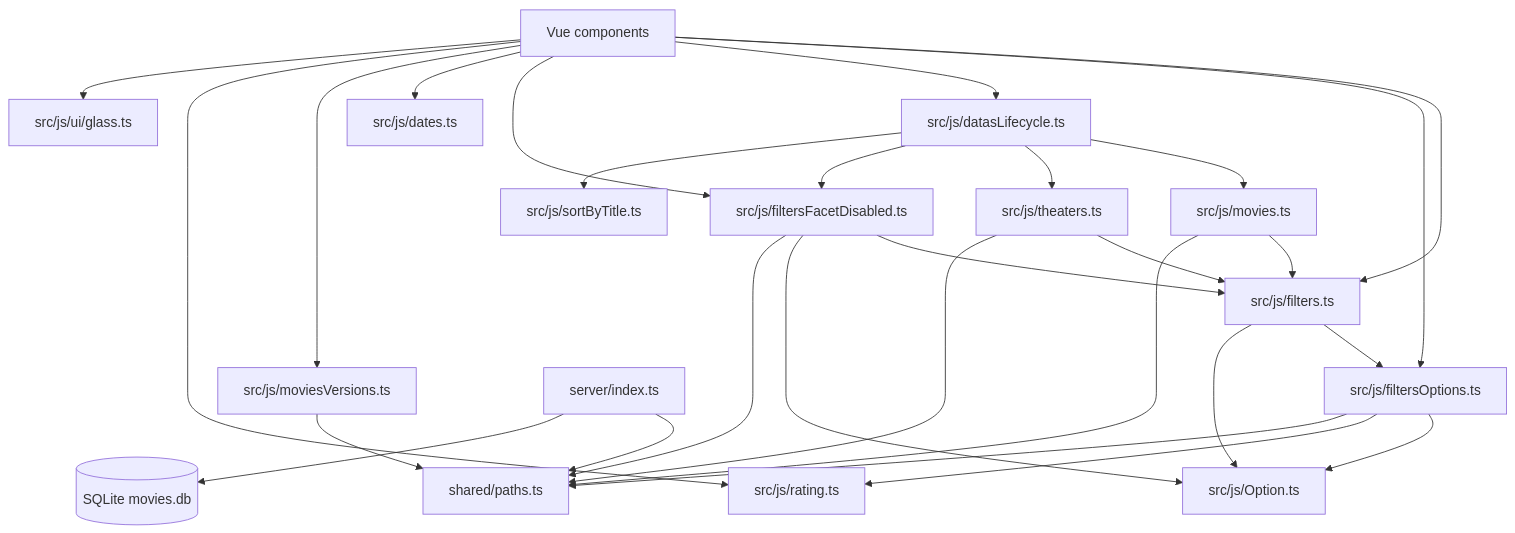
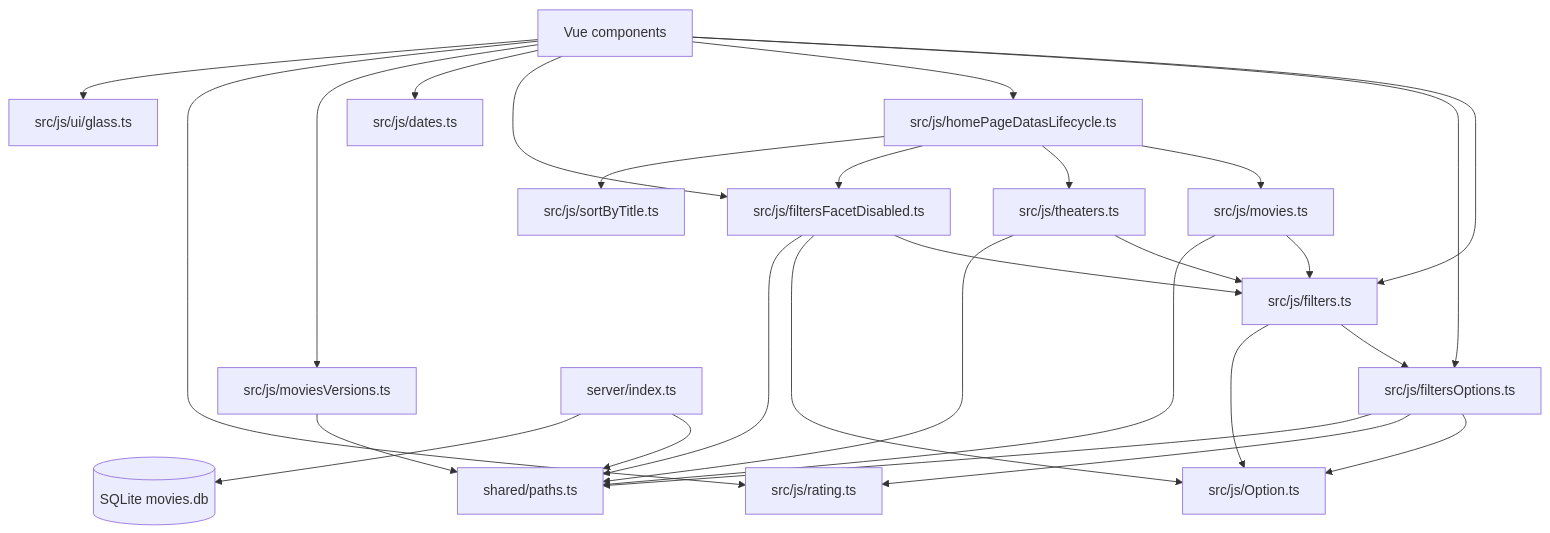
Before and after one commit to CUTFYSH1101/movie-notify: the diagram in docs/dependency-map.md, drawn with Mermaid. The commit also changed other lines of this file and 13 other files, not shown here.

Commit message:
影城地圖頁 顏色插值可以切換 資料可以載入了

````diff
--- a/docs/dependency-map.md
+++ b/docs/dependency-map.md
@@ -7,30 +7,30 @@
 ```mermaid
 flowchart TD
   UI[Vue components] --> Filters[src/js/filters.ts]
   UI --> Options[src/js/filtersOptions.ts]
-  UI --> Lifecycle[src/js/datasLifecycle.ts]
+  UI --> Lifecycle[src/js/homePageDatasLifecycle.ts]
   UI --> Facets[src/js/filtersFacetDisabled.ts]
   UI --> Dates[src/js/dates.ts]
   UI --> Showings[src/js/moviesVersions.ts]
   UI --> Rating[src/js/rating.ts]
   UI --> Glass[src/js/ui/glass.ts]
   Lifecycle --> Movies[src/js/movies.ts]
   Lifecycle --> Theaters[src/js/theaters.ts]
   Lifecycle --> Facets
   Lifecycle --> Sort[src/js/sortByTitle.ts]
   Facets --> Filters
   Filters --> Options
   Filters --> OptionType[src/js/Option.ts]
   Facets --> OptionType
   Options --> OptionType
   Options --> Rating
   Movies --> Filters
   Theaters --> Filters
   Movies --> Paths[shared/paths.ts]
   Theaters --> Paths
   Facets --> Paths
   Options --> Paths
   Showings --> Paths
   Server[server/index.ts] --> Paths
   Server --> DB[(SQLite movies.db)]
 ```
````
